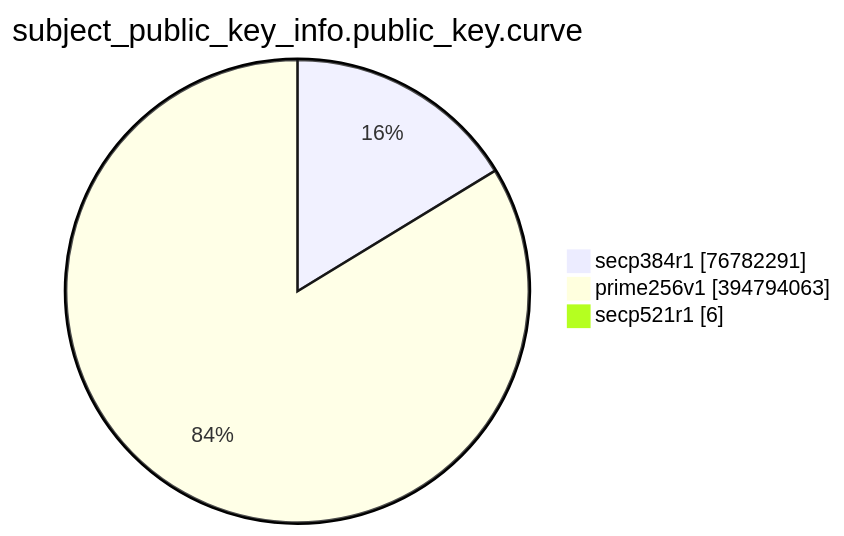
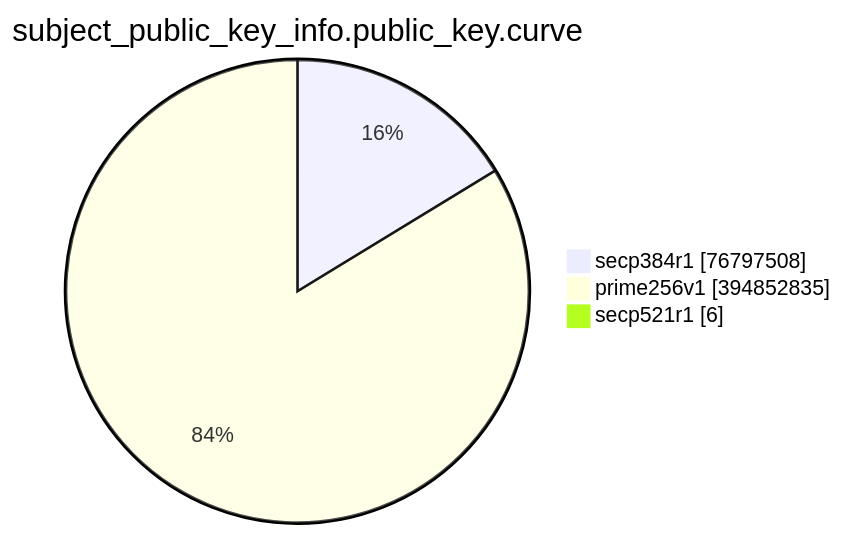
Before and after one commit to christiankrug/ctmonitor_visualization: the eighth of 15 diagrams in TOTAL/README.md, drawn with Mermaid. The commit also changed other lines of this file, not shown here.

````diff
--- a/TOTAL/README.md
+++ b/TOTAL/README.md
@@ -3094,7 +3094,7 @@
 ```mermaid
 pie showData
 title subject_public_key_info.public_key.curve
-"secp384r1" :76782291
-"prime256v1" :394794063
+"secp384r1" :76797508
+"prime256v1" :394852835
 "secp521r1" :6
 ```
````
